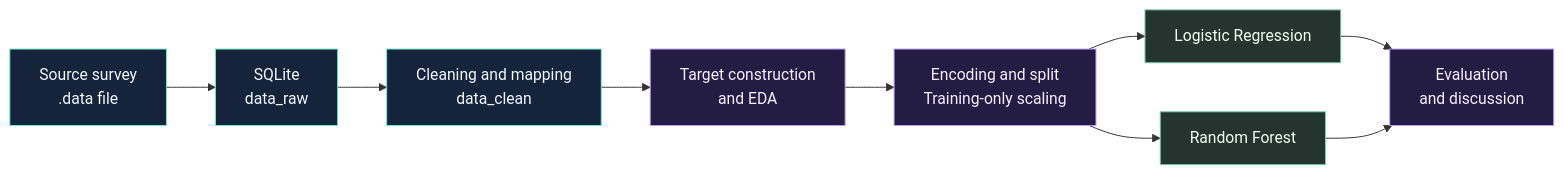
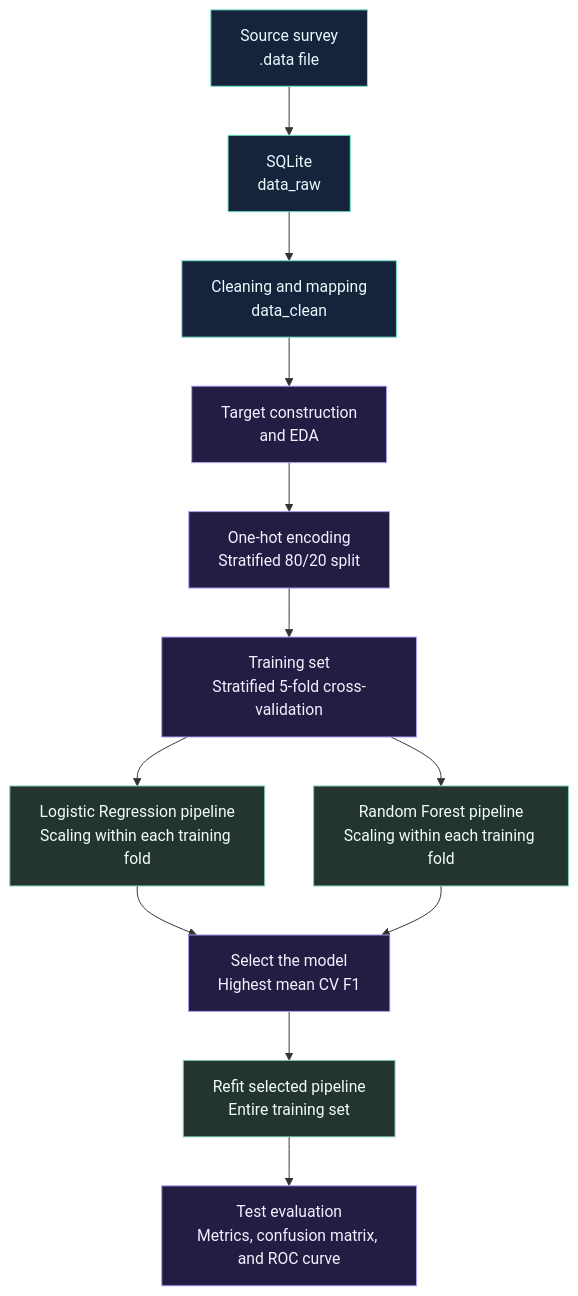
Before and after one commit to VicePlr/Classifying-Past-Month-Substance-Use-Using-Personality-and-Demographic-Features: the diagram in README.md, drawn with Mermaid. The commit also changed other lines of this file and 2 other files, not shown here.

````diff
--- a/README.md
+++ b/README.md
@@ -76,18 +76,21 @@
 ```mermaid
-flowchart LR
+flowchart TD
     A["Source survey<br/>.data file"] --> B["SQLite<br/>data_raw"]
     B --> C["Cleaning and mapping<br/>data_clean"]
     C --> D["Target construction<br/>and EDA"]
-    D --> E["Encoding and split<br/>Training-only scaling"]
-    E --> F["Logistic Regression"]
-    E --> G["Random Forest"]
-    F --> H["Evaluation<br/>and discussion"]
-    G --> H
+    D --> E["One-hot encoding<br/>Stratified 80/20 split"]
+    E --> F["Training set<br/>Stratified 5-fold cross-validation"]
+    F --> G["Logistic Regression pipeline<br/>Scaling within each training fold"]
+    F --> H["Random Forest pipeline<br/>Scaling within each training fold"]
+    G --> I["Select the model<br/>Highest mean CV F1"]
+    H --> I
+    I --> J["Refit selected pipeline<br/>Entire training set"]
+    J --> K["Test evaluation<br/>Metrics, confusion matrix, and ROC curve"]
 
     classDef source fill:#15243b,stroke:#6ee7c9,color:#edf8ff;
     classDef analysis fill:#241d43,stroke:#b69af6,color:#f5f0ff;
     classDef model fill:#23352e,stroke:#80cdb0,color:#f0fff7;
     class A,B,C source;
-    class D,E,H analysis;
-    class F,G model;
+    class D,E,F,I,K analysis;
+    class G,H,J model;
 ```
````
